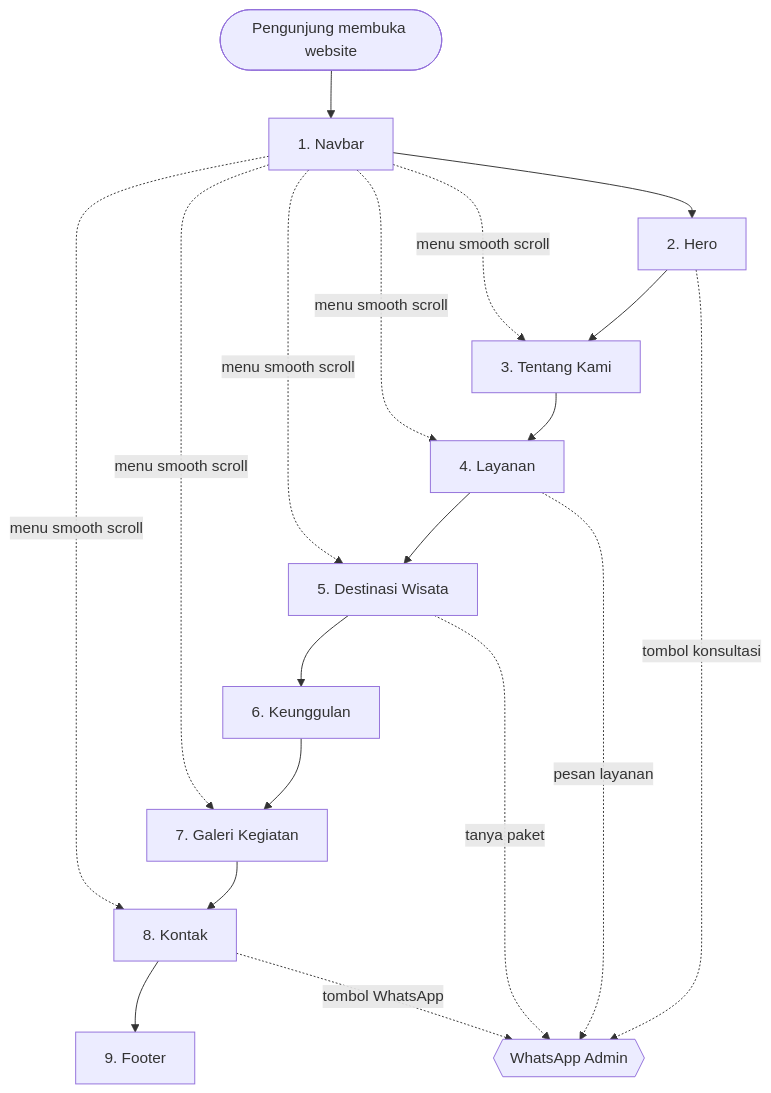
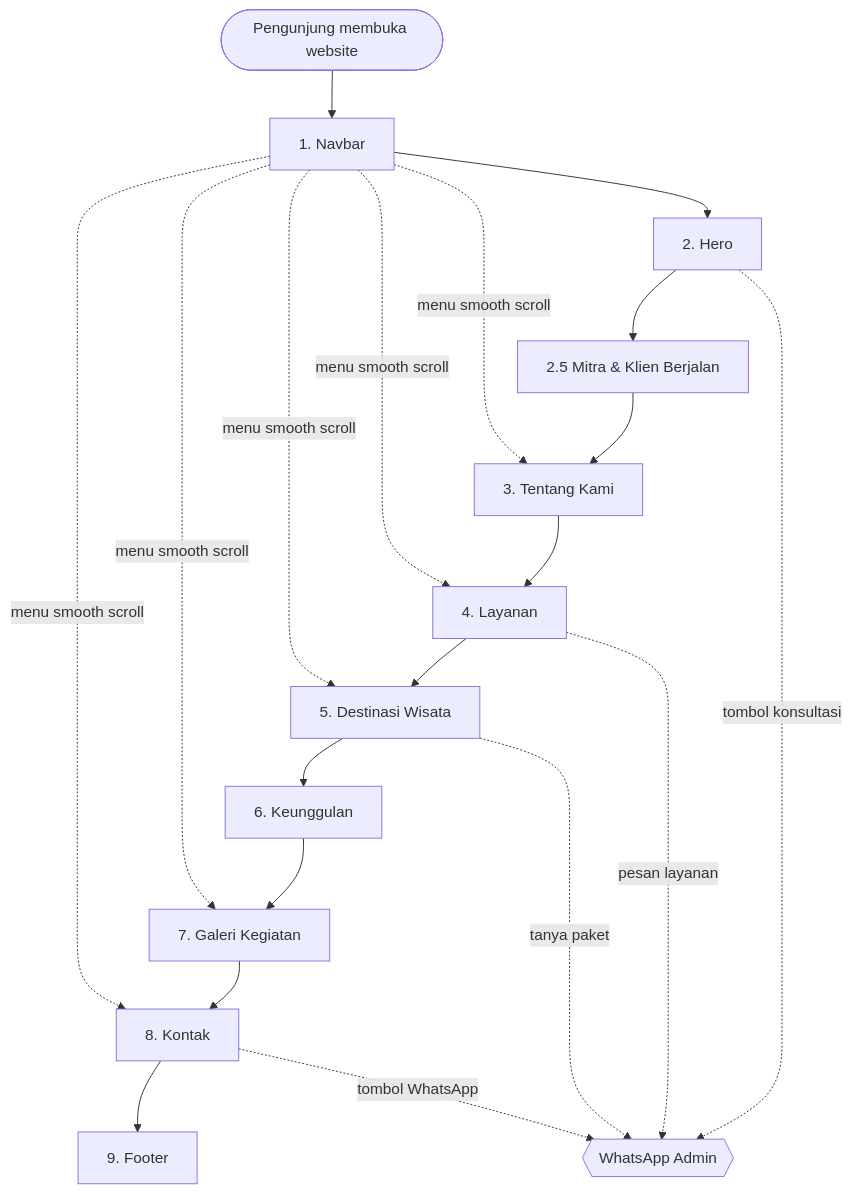
One commit to Ryswanmf/nirwana-tour changed the diagram in alur-website-nirwana-tour-lampung.md. Above: the diagram before and after it, drawn with Mermaid. The commit also changed other lines of this file and 19 other files, not shown here.

````diff
--- a/alur-website-nirwana-tour-lampung.md
+++ b/alur-website-nirwana-tour-lampung.md
@@ -9,23 +9,24 @@
 ```mermaid
 flowchart TD
     A([Pengunjung membuka website]) --> B[1. Navbar]
     B --> C[2. Hero]
-    C --> D[3. Tentang Kami]
+    C --> M[2.5 Mitra & Klien Berjalan]
+    M --> D[3. Tentang Kami]
     D --> E[4. Layanan]
     E --> F[5. Destinasi Wisata]
     F --> G[6. Keunggulan]
     G --> H[7. Galeri Kegiatan]
     H --> I[8. Kontak]
     I --> J[9. Footer]
 
     C -. tombol konsultasi .-> W{{WhatsApp Admin}}
     E -. pesan layanan .-> W
     F -. tanya paket .-> W
     I -. tombol WhatsApp .-> W
 
     B -. menu smooth scroll .-> D
     B -. menu smooth scroll .-> E
     B -. menu smooth scroll .-> F
     B -. menu smooth scroll .-> H
     B -. menu smooth scroll .-> I
 ```
````
